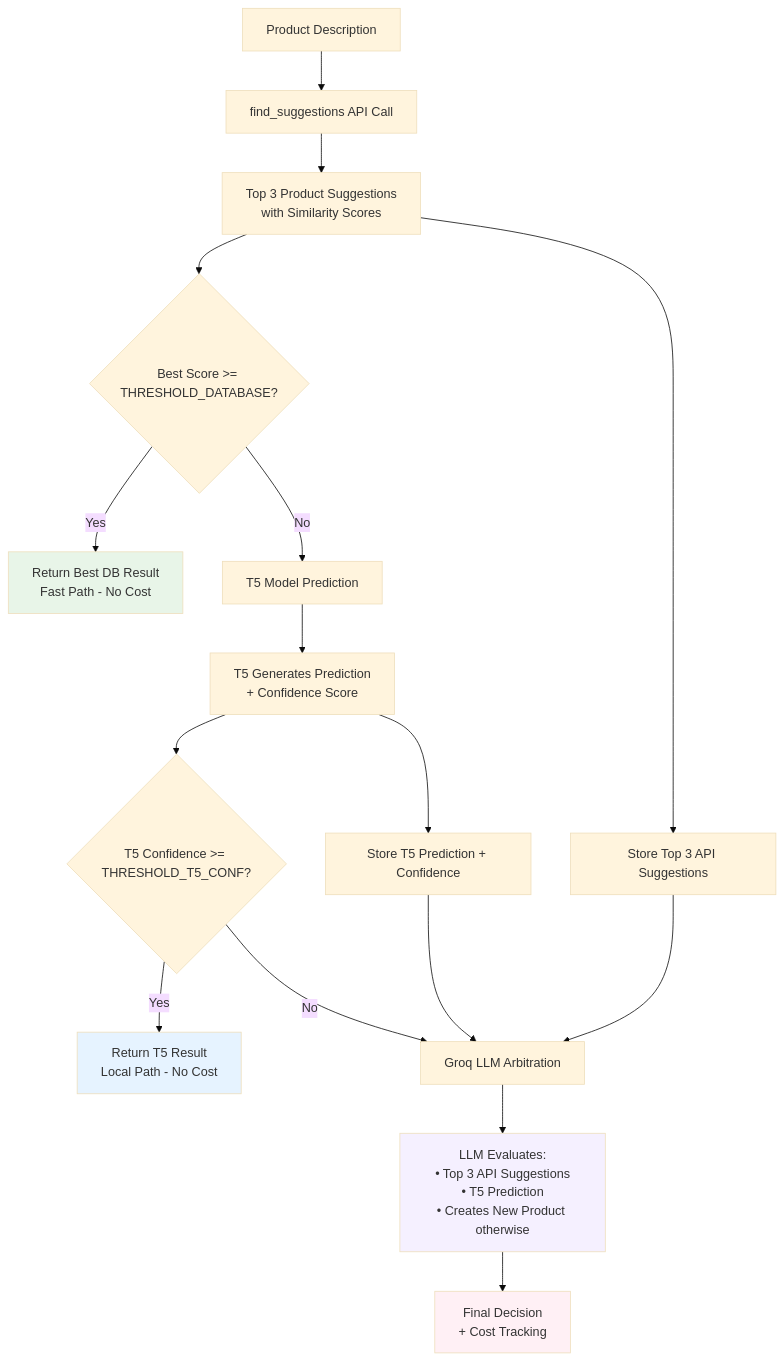
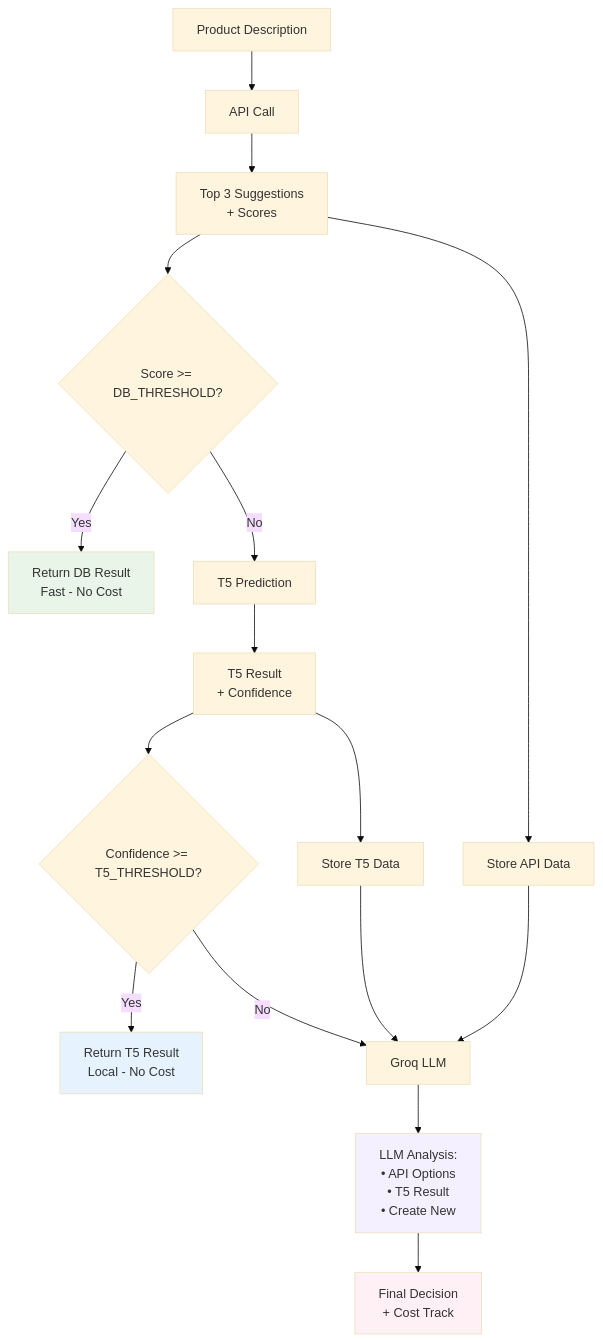
Before and after one commit to ismailsaid2001/product_matching_new_api: the diagram in README.md, drawn with Mermaid (base theme).

Commit message:
updated Readme file

````diff
--- a/README.md
+++ b/README.md
@@ -18,25 +18,25 @@
 ```mermaid
 graph TD
-    A[Product Description] --> B[find_suggestions API Call]
-    B --> B1[Top 3 Product Suggestions<br/>with Similarity Scores]
-    B1 --> C{Best Score >= THRESHOLD_DATABASE?}
-    C -->|Yes| D[Return Best DB Result<br/>Fast Path - No Cost]
-    C -->|No| E[T5 Model Prediction]
-    E --> E1[T5 Generates Prediction<br/>+ Confidence Score]
-    E1 --> F{T5 Confidence >= THRESHOLD_T5_CONF?}
-    F -->|Yes| G[Return T5 Result<br/>Local Path - No Cost]
-    F -->|No| H[Groq LLM Arbitration]
+    A[Product Description] --> B[API Call]
+    B --> B1[Top 3 Suggestions<br/>+ Scores]
+    B1 --> C{Score >= DB_THRESHOLD?}
+    C -->|Yes| D[Return DB Result<br/>Fast - No Cost]
+    C -->|No| E[T5 Prediction]
+    E --> E1[T5 Result<br/>+ Confidence]
+    E1 --> F{Confidence >= T5_THRESHOLD?}
+    F -->|Yes| G[Return T5 Result<br/>Local - No Cost]
+    F -->|No| H[Groq LLM]
     
-    B1 --> H1[Store Top 3 API Suggestions]
-    E1 --> H2[Store T5 Prediction + Confidence]
+    B1 --> H1[Store API Data]
+    E1 --> H2[Store T5 Data]
     H1 --> H
     H2 --> H
     
-    H --> H3[LLM Evaluates:<br/>• Top 3 API Suggestions<br/>• T5 Prediction<br/>• Creates New Product otherwise]
-    H3 --> I[Final Decision<br/>+ Cost Tracking]
+    H --> H3[LLM Analysis:<br/>• API Options<br/>• T5 Result<br/>• Create New]
+    H3 --> I[Final Decision<br/>+ Cost Track]
     
     style D fill:#E8F5E8
     style G fill:#E6F3FF  
     style I fill:#FFF0F5
     style H3 fill:#F5F0FF
 ```
````
